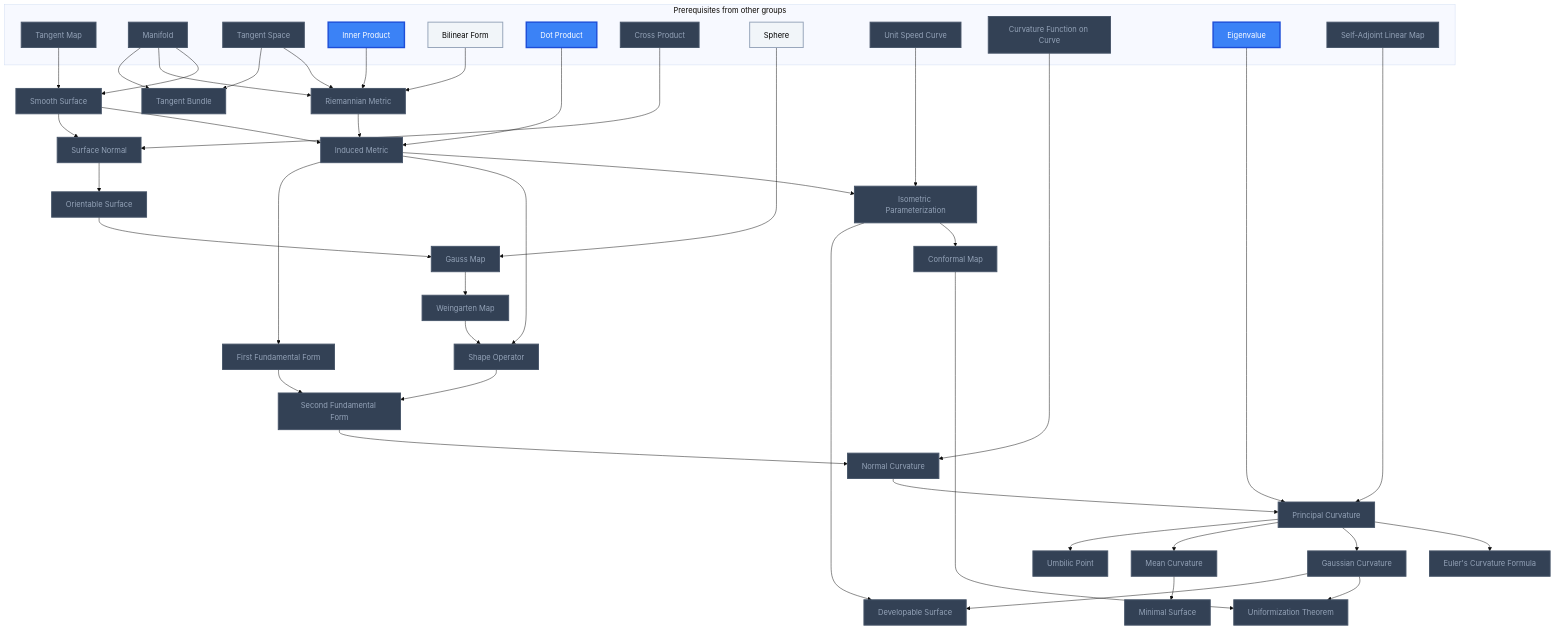
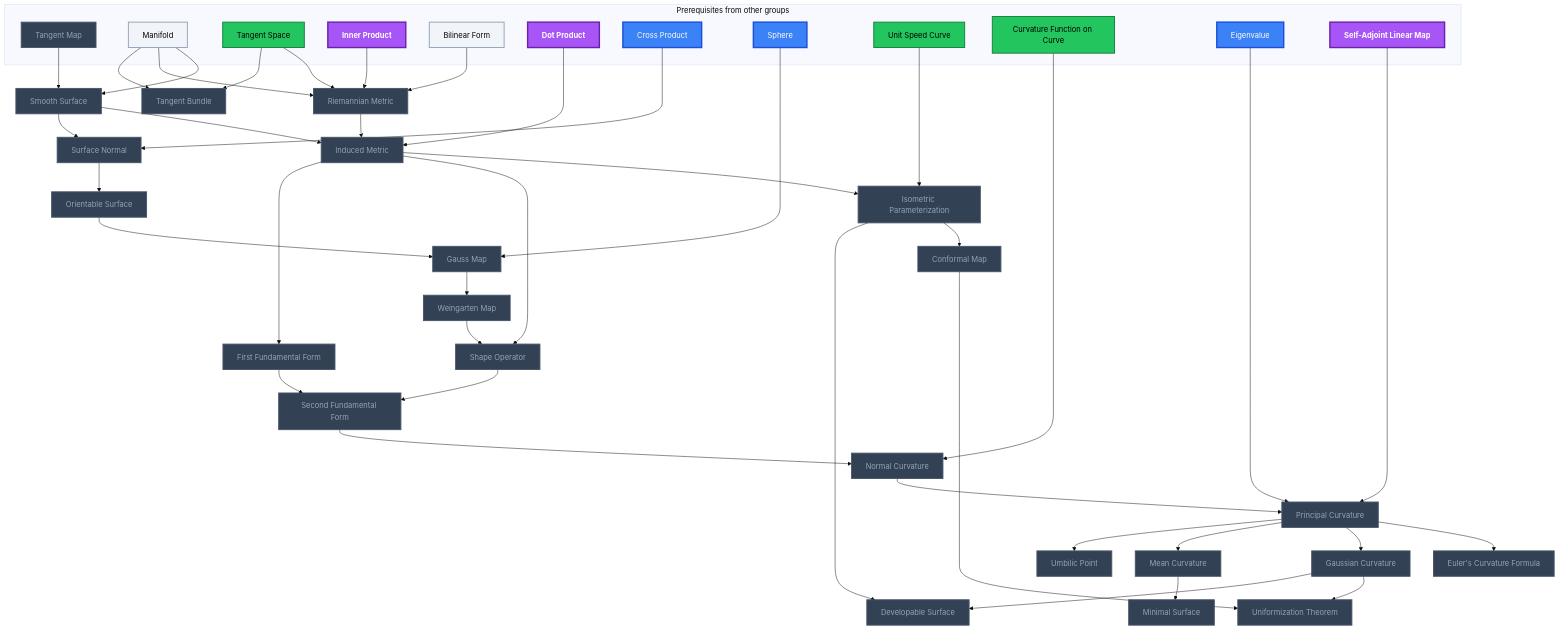
One commit to MRauf1/My-Notes changed the fifth of 21 diagrams in Gamification/Skill Trees/Differential Geometry.md. Above: the diagram before and after it, drawn with Mermaid (base theme). The commit also changed other lines of this file and 145 other files, not shown here.

````diff
--- a/Gamification/Skill Trees/Differential Geometry.md
+++ b/Gamification/Skill Trees/Differential Geometry.md
@@ -583,8 +590,10 @@
     n_gaussian_curvature --> n_developable_surface
     n_isometric_parameterization --> n_developable_surface
     n_principal_curvature --> n_umbilic_point
-    class n_tangent_map,n_manifold,n_tangent_space,n_cross_product,n_unit_speed_curve,n_curvature_function_on_curve,n_self_adjoint_linear_map,n_smooth_surface,n_riemannian_metric,n_induced_metric,n_tangent_bundle,n_surface_normal,n_orientable_surface,n_gauss_map,n_weingarten_map,n_isometric_parameterization,n_conformal_map,n_uniformization_theorem,n_shape_operator,n_first_fundamental_form,n_second_fundamental_form,n_normal_curvature,n_principal_curvature,n_euler_s_curvature_formula,n_gaussian_curvature,n_mean_curvature,n_minimal_surface,n_developable_surface,n_umbilic_point locked;
-    class n_bilinear_form,n_sphere L0;
-    class n_inner_product,n_dot_product,n_eigenvalue L2;
+    class n_tangent_map,n_smooth_surface,n_riemannian_metric,n_induced_metric,n_tangent_bundle,n_surface_normal,n_orientable_surface,n_gauss_map,n_weingarten_map,n_isometric_parameterization,n_conformal_map,n_uniformization_theorem,n_shape_operator,n_first_fundamental_form,n_second_fundamental_form,n_normal_curvature,n_principal_curvature,n_euler_s_curvature_formula,n_gaussian_curvature,n_mean_curvature,n_minimal_surface,n_developable_surface,n_umbilic_point locked;
+    class n_manifold,n_bilinear_form L0;
+    class n_tangent_space,n_unit_speed_curve,n_curvature_function_on_curve L1;
+    class n_cross_product,n_sphere,n_eigenvalue L2;
+    class n_inner_product,n_dot_product,n_self_adjoint_linear_map L3;
     class n_tangent_map,n_manifold,n_tangent_space,n_inner_product,n_bilinear_form,n_dot_product,n_cross_product,n_sphere,n_unit_speed_curve,n_curvature_function_on_curve,n_eigenvalue,n_self_adjoint_linear_map,n_smooth_surface,n_riemannian_metric,n_induced_metric,n_tangent_bundle,n_surface_normal,n_orientable_surface,n_gauss_map,n_weingarten_map,n_isometric_parameterization,n_conformal_map,n_uniformization_theorem,n_shape_operator,n_first_fundamental_form,n_second_fundamental_form,n_normal_curvature,n_principal_curvature,n_euler_s_curvature_formula,n_gaussian_curvature,n_mean_curvature,n_minimal_surface,n_developable_surface,n_umbilic_point internal-link;
 ```
````
